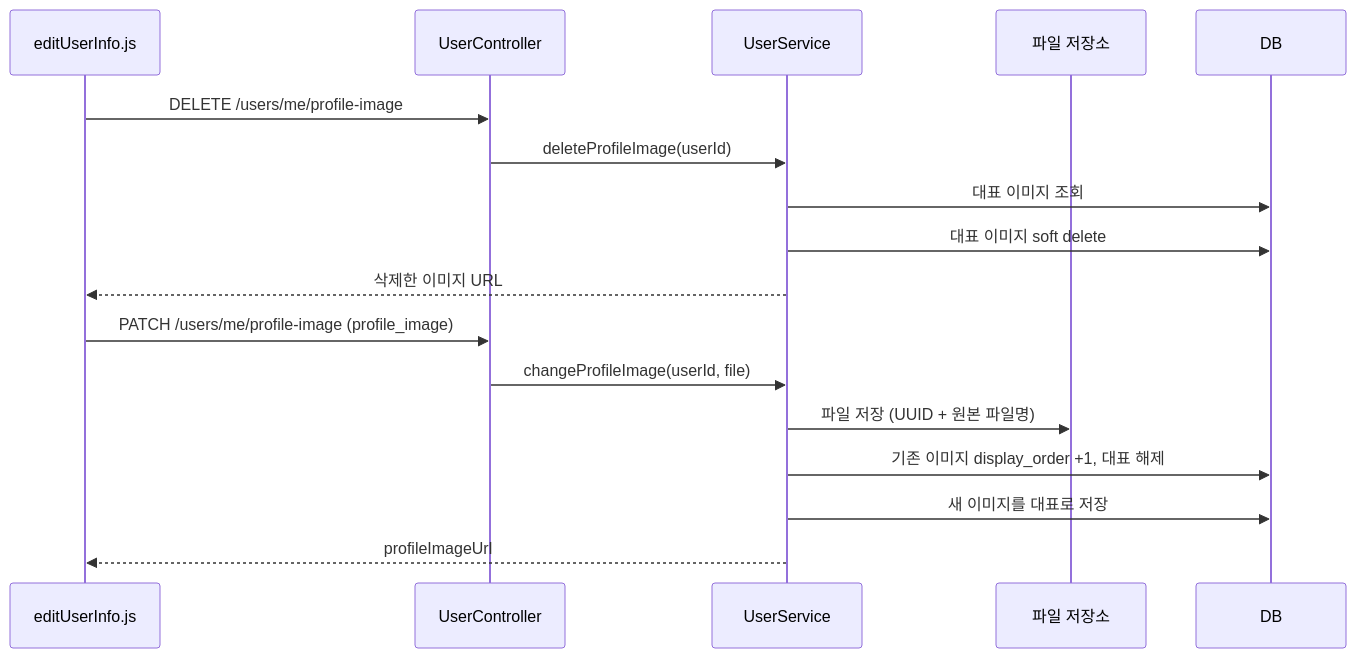
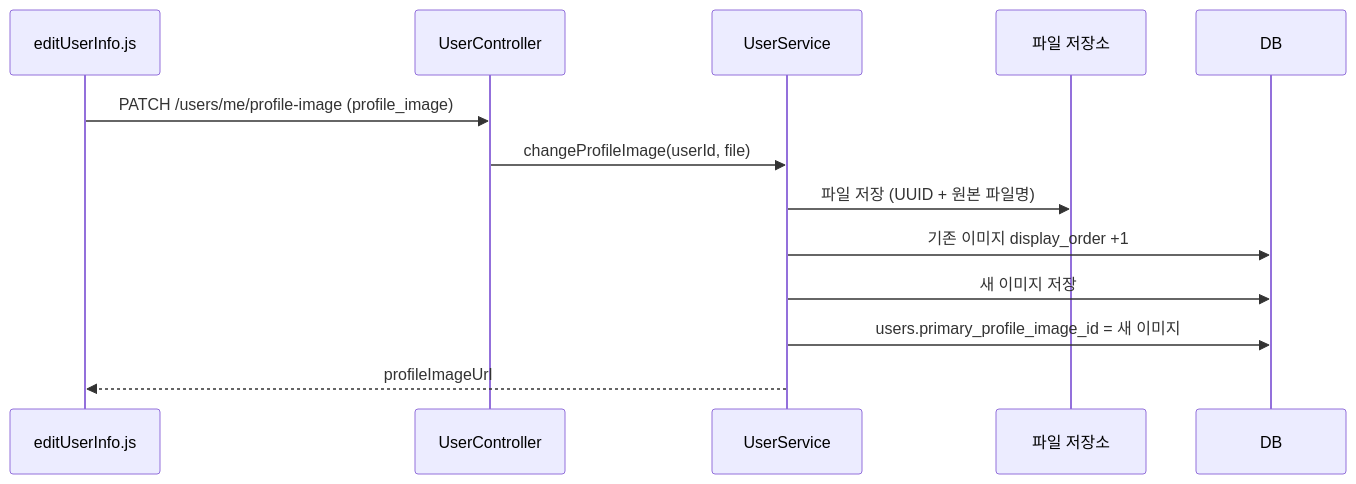
One commit to dragonwaterr/KTB_robin_Full_Community changed the diagram in docs/spec/domain/image.md. Above: the diagram before and after it, drawn with Mermaid. The commit also changed other lines of this file and 2 other files, not shown here.

Commit message:
docs: 대표 프로필 이미지 포인터 구조 반영

````diff
--- a/docs/spec/domain/image.md
+++ b/docs/spec/domain/image.md
@@ -77,21 +74,16 @@
 ```mermaid
 sequenceDiagram
     participant FE as editUserInfo.js
     participant C as UserController
     participant S as UserService
     participant FS as 파일 저장소
     participant DB as DB
 
-    FE->>C: DELETE /users/me/profile-image
-    C->>S: deleteProfileImage(userId)
-    S->>DB: 대표 이미지 조회
-    S->>DB: 대표 이미지 soft delete
-    S-->>FE: 삭제한 이미지 URL
-
     FE->>C: PATCH /users/me/profile-image (profile_image)
     C->>S: changeProfileImage(userId, file)
     S->>FS: 파일 저장 (UUID + 원본 파일명)
-    S->>DB: 기존 이미지 display_order +1, 대표 해제
-    S->>DB: 새 이미지를 대표로 저장
+    S->>DB: 기존 이미지 display_order +1
+    S->>DB: 새 이미지 저장
+    S->>DB: users.primary_profile_image_id = 새 이미지
     S-->>FE: profileImageUrl
 ```
````
